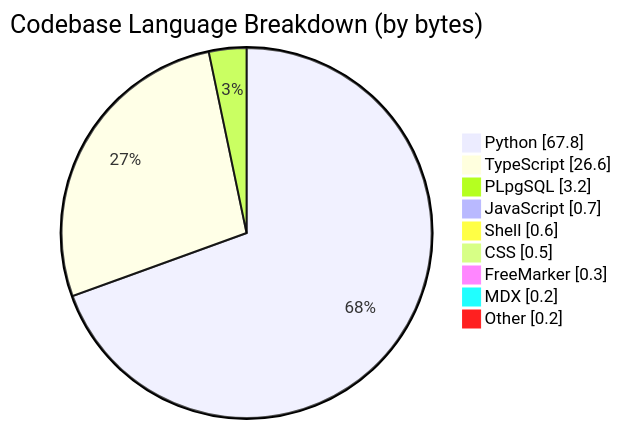
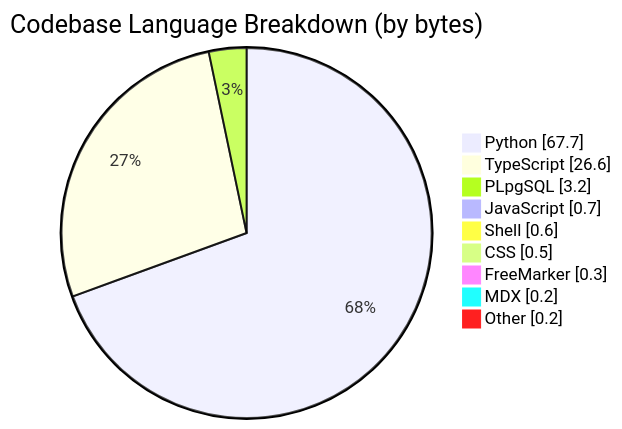
One commit to CSTH-Projects/.github changed the third of 4 diagrams in profile/README.md. Above: the diagram before and after it, drawn with Mermaid. The commit also changed other lines of this file, not shown here.

````diff
--- a/profile/README.md
+++ b/profile/README.md
@@ -63,13 +63,13 @@
 ```mermaid
 pie showData
     title Codebase Language Breakdown (by bytes)
-    "Python" : 67.8
+    "Python" : 67.7
     "TypeScript" : 26.6
     "PLpgSQL" : 3.2
     "JavaScript" : 0.7
     "Shell" : 0.6
     "CSS" : 0.5
     "FreeMarker" : 0.3
     "MDX" : 0.2
     "Other" : 0.2
 ```
````
